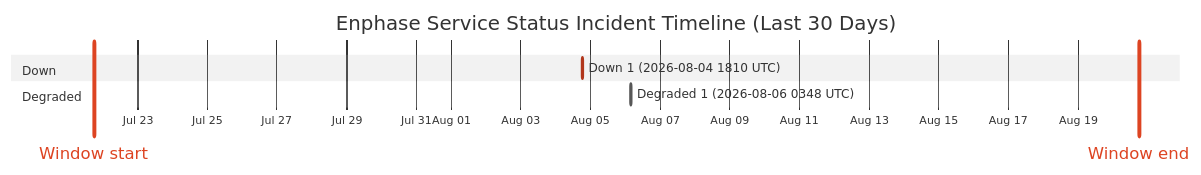
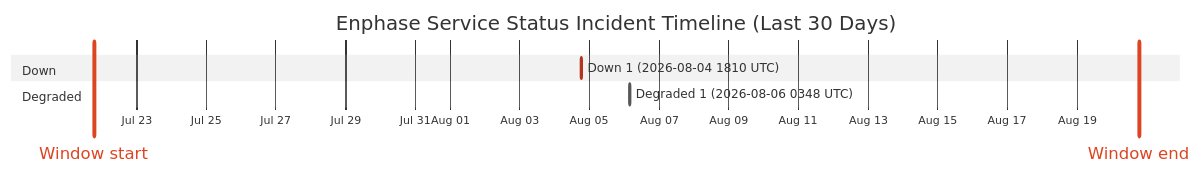
The diagram in wiki/Service-Status-History.md (barneyonline/ha-enphase-energy), drawn with Mermaid (neutral theme) before and after one commit. The commit also changed other lines of this file and 3 other files, not shown here.

````diff
--- a/wiki/Service-Status-History.md
+++ b/wiki/Service-Status-History.md
@@ -14,12 +14,12 @@
 ```mermaid
 gantt
     title Enphase Service Status Incident Timeline (Last 30 Days)
     dateFormat  YYYY-MM-DDTHH:mm:ss
     axisFormat  %b %d
-    Window start :vert, window-start, 2026-07-21T17:56:12, 0ms
-    Window end :vert, window-end, 2026-08-20T17:56:12, 0ms
+    Window start :vert, window-start, 2026-07-21T18:39:35, 0ms
+    Window end :vert, window-end, 2026-08-20T18:39:35, 0ms
     section Down
     Down 1 (2026-08-04 1810 UTC) :crit, down-1, 2026-08-04T18:10:46, 60m
     section Degraded
     Degraded 1 (2026-08-06 0348 UTC) :active, degraded-1, 2026-08-06T03:48:14, 60m
 ```
````
